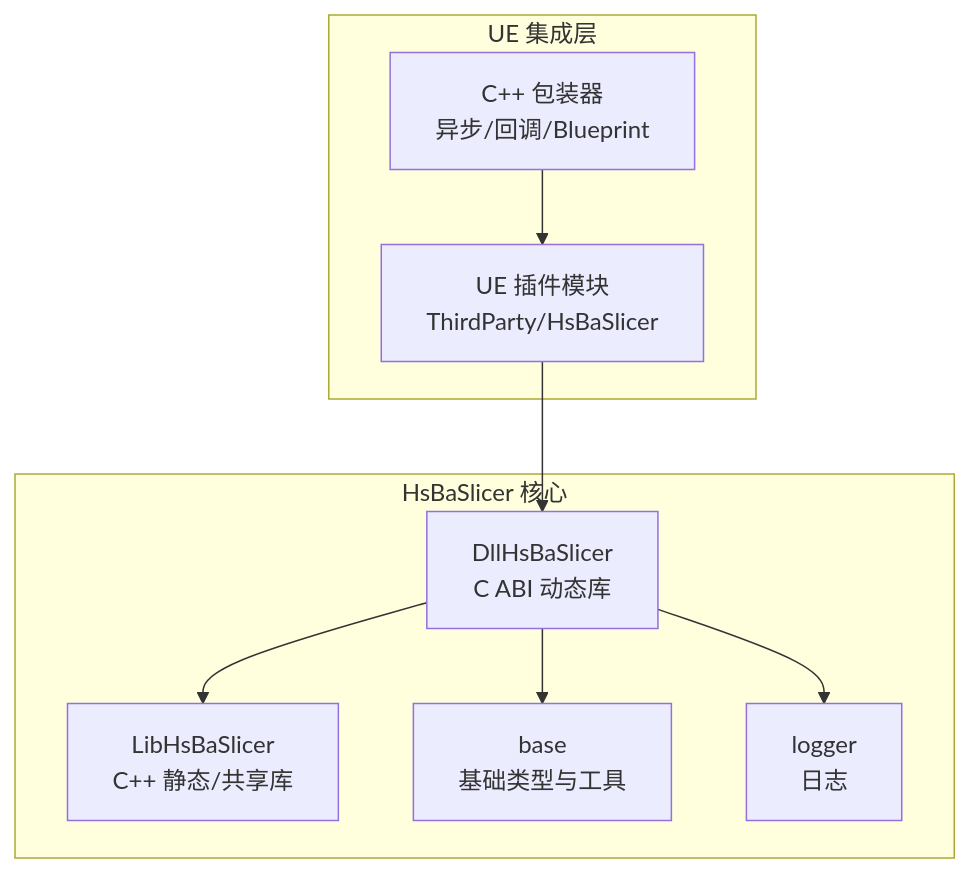
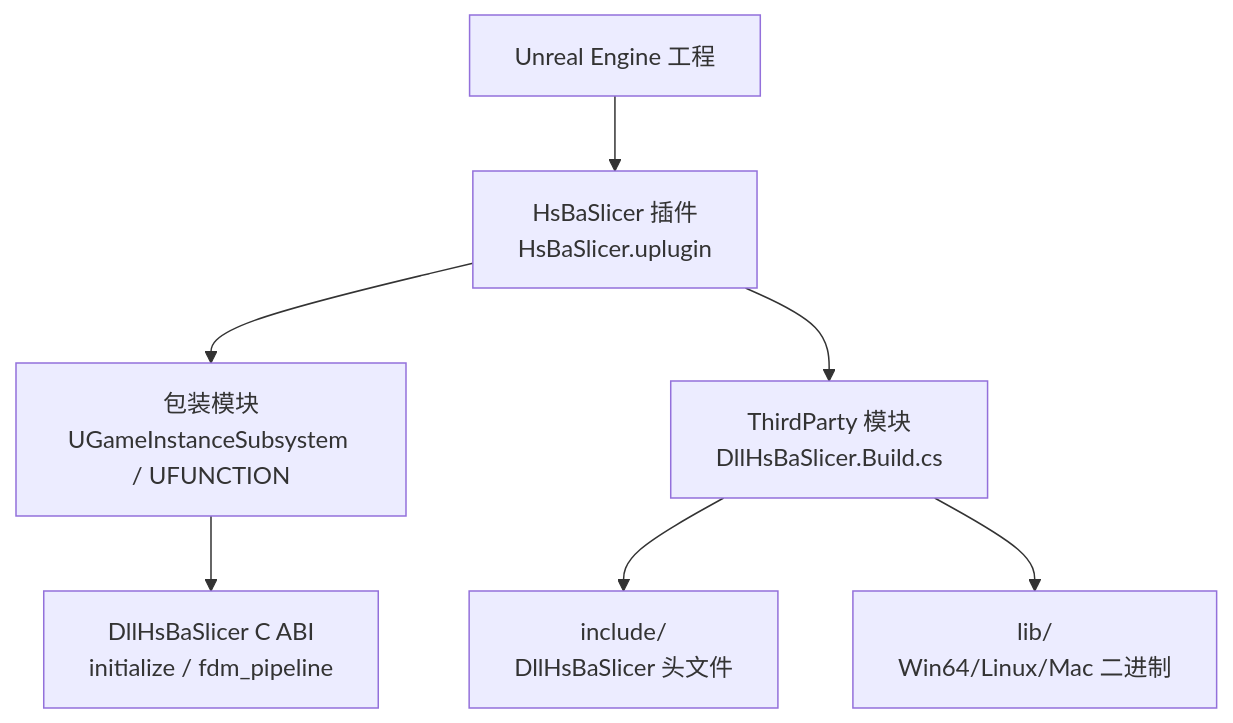
Before and after one commit to hsmbanlance/HsBaSlicer: the first of 7 diagrams in .qoder/repowiki/zh/content/集成指南/游戏引擎集成/Unreal Engine 集成.md, drawn with Mermaid. The commit also changed other lines of this file and 1135 other files, not shown here.

````diff
--- a/.qoder/repowiki/zh/content/集成指南/游戏引擎集成/Unreal Engine 集成.md
+++ b/.qoder/repowiki/zh/content/集成指南/游戏引擎集成/Unreal Engine 集成.md
@@ -33,18 +40,9 @@
 ```mermaid
 graph TB
-subgraph "HsBaSlicer 核心"
-DLL["DllHsBaSlicer<br/>C ABI 动态库"]
-LIB["LibHsBaSlicer<br/>C++ 静态/共享库"]
-BASE["base<br/>基础类型与工具"]
-LOGGER["logger<br/>日志"]
-end
-subgraph "UE 集成层"
-PLUGIN["UE 插件模块<br/>ThirdParty/HsBaSlicer"]
-WRAPPER["C++ 包装器<br/>异步/回调/Blueprint"]
-end
-DLL --> LIB
-DLL --> BASE
-DLL --> LOGGER
-PLUGIN --> DLL
-WRAPPER --> PLUGIN
+UE["Unreal Engine 工程"] --> Plugin["HsBaSlicer 插件<br/>HsBaSlicer.uplugin"]
+Plugin --> Wrapper["包装模块<br/>UGameInstanceSubsystem / UFUNCTION"]
+Plugin --> ThirdParty["ThirdParty 模块<br/>DllHsBaSlicer.Build.cs"]
+ThirdParty --> Headers["include/<br/>DllHsBaSlicer 头文件"]
+ThirdParty --> Libs["lib/<br/>Win64/Linux/Mac 二进制"]
+Wrapper --> NativeAPI["DllHsBaSlicer C ABI<br/>initialize / fdm_pipeline"]
 ```
````
